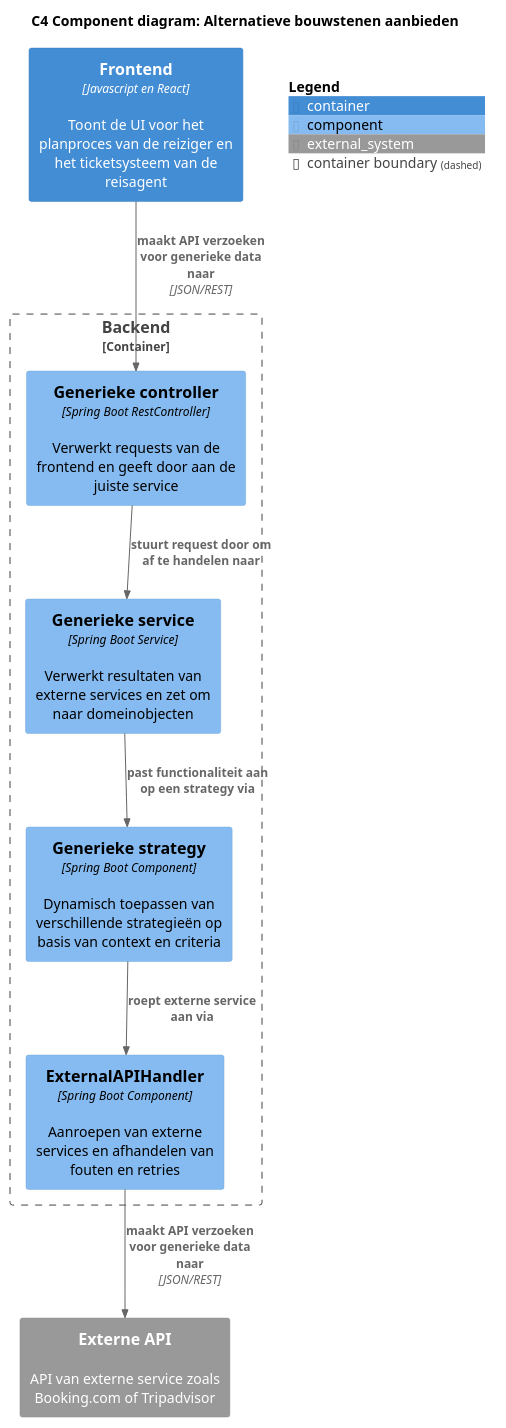
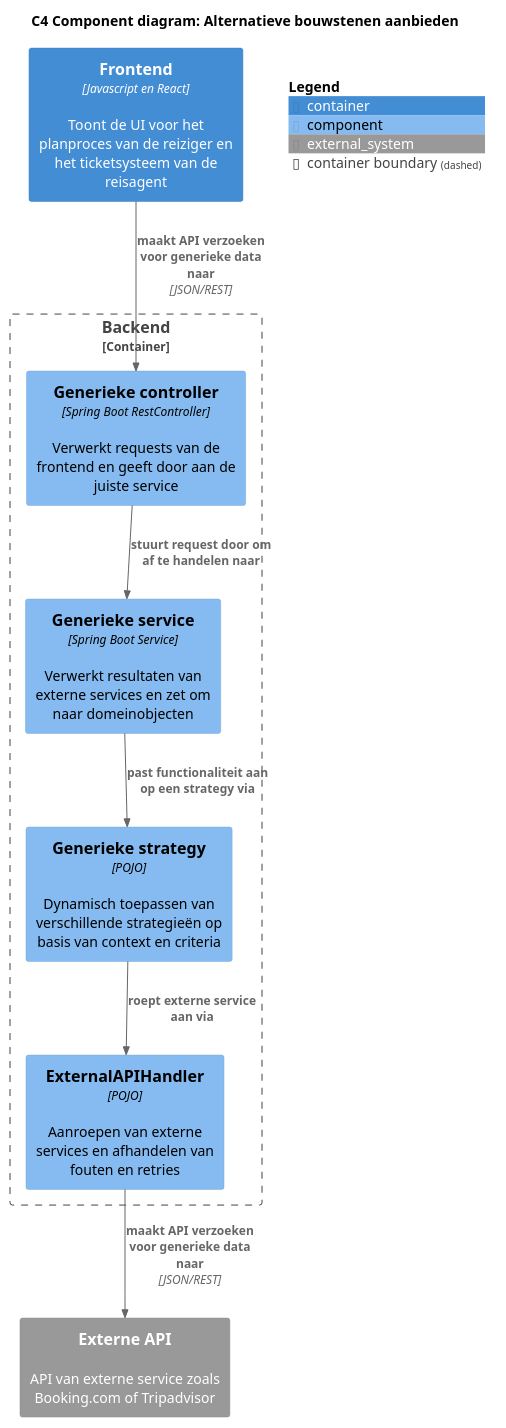
One commit to AIM-ENE-feb25/triptop-groep-4-jochem-roald-stijn-a changed the diagram in software-guidebook/sgb-bestanden/ontwerpvragen/Modularity - component diagram.puml. Above: the diagram before and after it, drawn with PlantUML. The commit also changed 6 other files, not shown here.

Commit message:
POJO toegevoegd aan diagrammen

```diff
--- a/software-guidebook/sgb-bestanden/ontwerpvragen/Modularity - component diagram.puml
+++ b/software-guidebook/sgb-bestanden/ontwerpvragen/Modularity - component diagram.puml
@@ -1,26 +1,26 @@
 @startuml
 !include <C4/C4_Component.puml>
 title C4 Component diagram: Alternatieve bouwstenen aanbieden
 
 LAYOUT_TOP_DOWN()
 SHOW_PERSON_OUTLINE()
 
 Container(frontend, "Frontend", "Javascript en React", "Toont de UI voor het planproces van de reiziger en het ticketsysteem van de reisagent")
 
 Container_Boundary(backend, "Backend") {
     Component(controller, "Generieke controller", "Spring Boot RestController", "Verwerkt requests van de frontend en geeft door aan de juiste service")
     Component(service, "Generieke service", "Spring Boot Service", "Verwerkt resultaten van externe services en zet om naar domeinobjecten")
-    Component(strategy, "Generieke strategy", "Spring Boot Component", "Dynamisch toepassen van verschillende strategieën op basis van context en criteria")
-    Component(apiHandler, "ExternalAPIHandler", "Spring Boot Component", "Aanroepen van externe services en afhandelen van fouten en retries")
+    Component(strategy, "Generieke strategy", "POJO", "Dynamisch toepassen van verschillende strategieën op basis van context en criteria")
+    Component(apiHandler, "ExternalAPIHandler", "POJO", "Aanroepen van externe services en afhandelen van fouten en retries")
 }
 
 System_Ext(api, "Externe API", "API van externe service zoals Booking.com of Tripadvisor")
 
 Rel(frontend, controller, "maakt API verzoeken voor generieke data naar", "JSON/REST")
 Rel(controller, service, "stuurt request door om af te handelen naar")
 Rel(service, strategy, "past functionaliteit aan op een strategy via")
 Rel(strategy, apiHandler, "roept externe service aan via")
 Rel(apiHandler, api, "maakt API verzoeken voor generieke data naar", "JSON/REST")
 
 SHOW_FLOATING_LEGEND()
 @enduml
```
